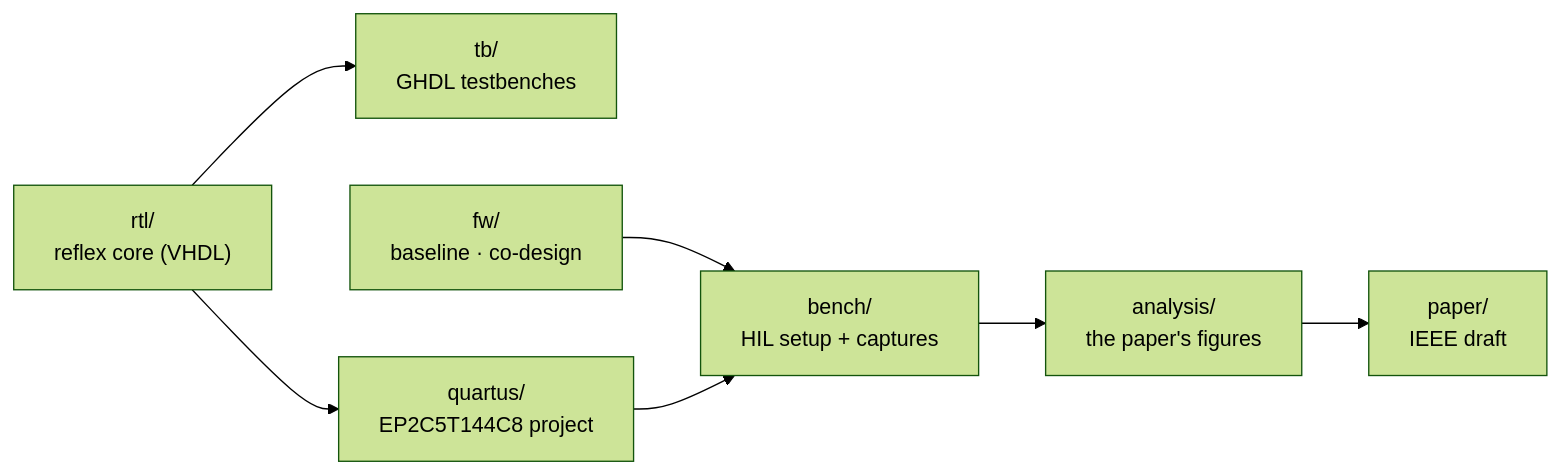
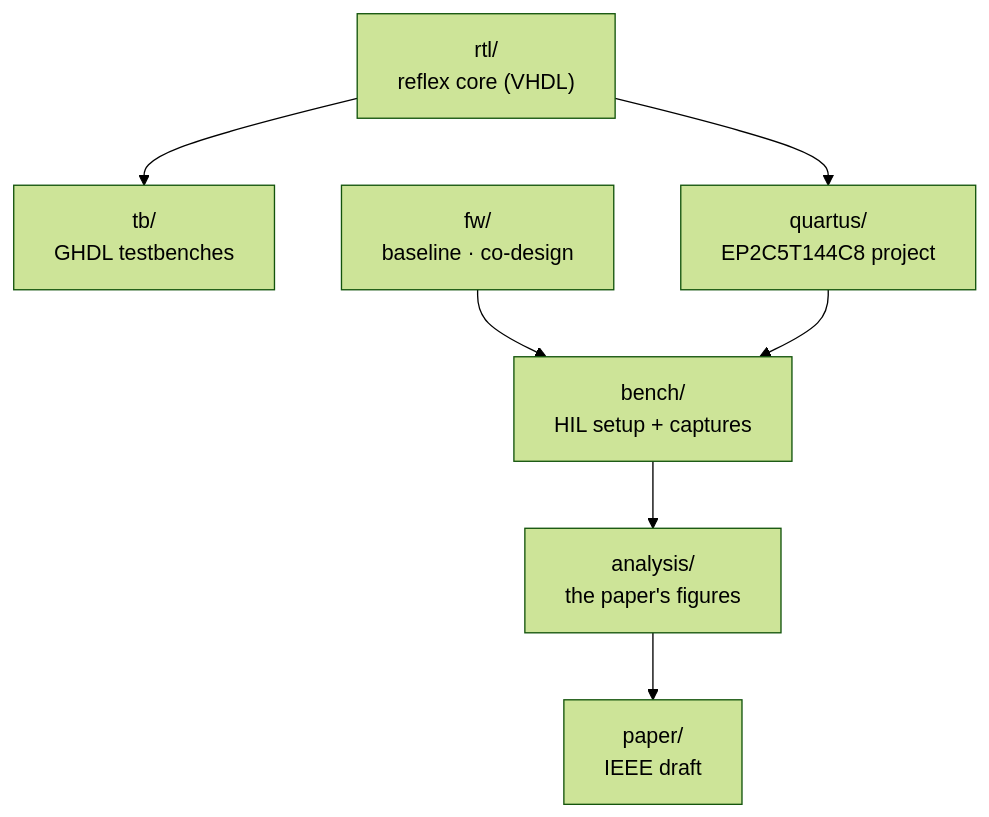
One commit to spaceadler/EAGLE changed the second of 3 diagrams in README.md. Above: the diagram before and after it, drawn with Mermaid (forest theme).

Commit message:
docs: diagrams flow top-to-bottom where they were too wide for GitHub's frame

````diff
--- a/README.md
+++ b/README.md
@@ -45,8 +45,8 @@
 ```mermaid
-flowchart LR
+flowchart TB
     rtl["rtl/<br/>reflex core (VHDL)"] --> tb["tb/<br/>GHDL testbenches"]
     rtl --> q["quartus/<br/>EP2C5T144C8 project"]
     fw["fw/<br/>baseline · co-design"] --> bench["bench/<br/>HIL setup + captures"]
     q --> bench
     bench --> an["analysis/<br/>the paper's figures"] --> paper["paper/<br/>IEEE draft"]
 ```
````
